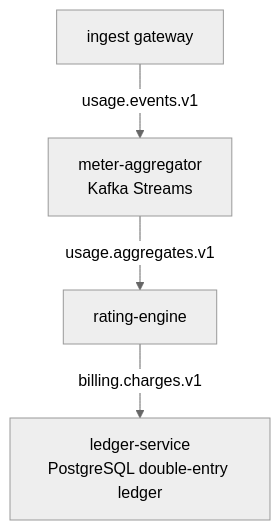
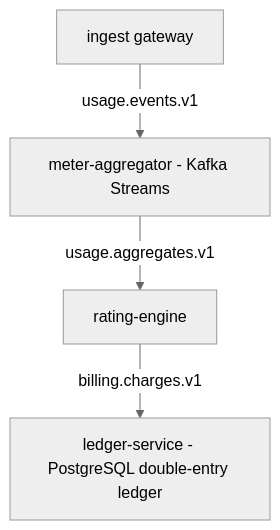
One commit to marciomarinho/quotient changed the first of 3 diagrams in docs/EXACTLY_ONCE.md. Above: the diagram before and after it, drawn with Mermaid (neutral theme). The commit also changed other lines of this file and 4 other files, not shown here.

Commit message:
docs: fix Mermaid parse errors (quote labels, remove embedded arrows/@ from all diagrams)

````diff
--- a/docs/EXACTLY_ONCE.md
+++ b/docs/EXACTLY_ONCE.md
@@ -11,6 +11,6 @@
 ```mermaid
 flowchart TB
-    gw[ingest gateway] -->|usage.events.v1| agg[meter-aggregator<br/>Kafka Streams]
-    agg -->|usage.aggregates.v1| rate[rating-engine]
-    rate -->|billing.charges.v1| led[ledger-service<br/>PostgreSQL double-entry ledger]
+    gw["ingest gateway"] -->|usage.events.v1| agg["meter-aggregator - Kafka Streams"]
+    agg -->|usage.aggregates.v1| rate["rating-engine"]
+    rate -->|billing.charges.v1| led["ledger-service - PostgreSQL double-entry ledger"]
 ```
````
